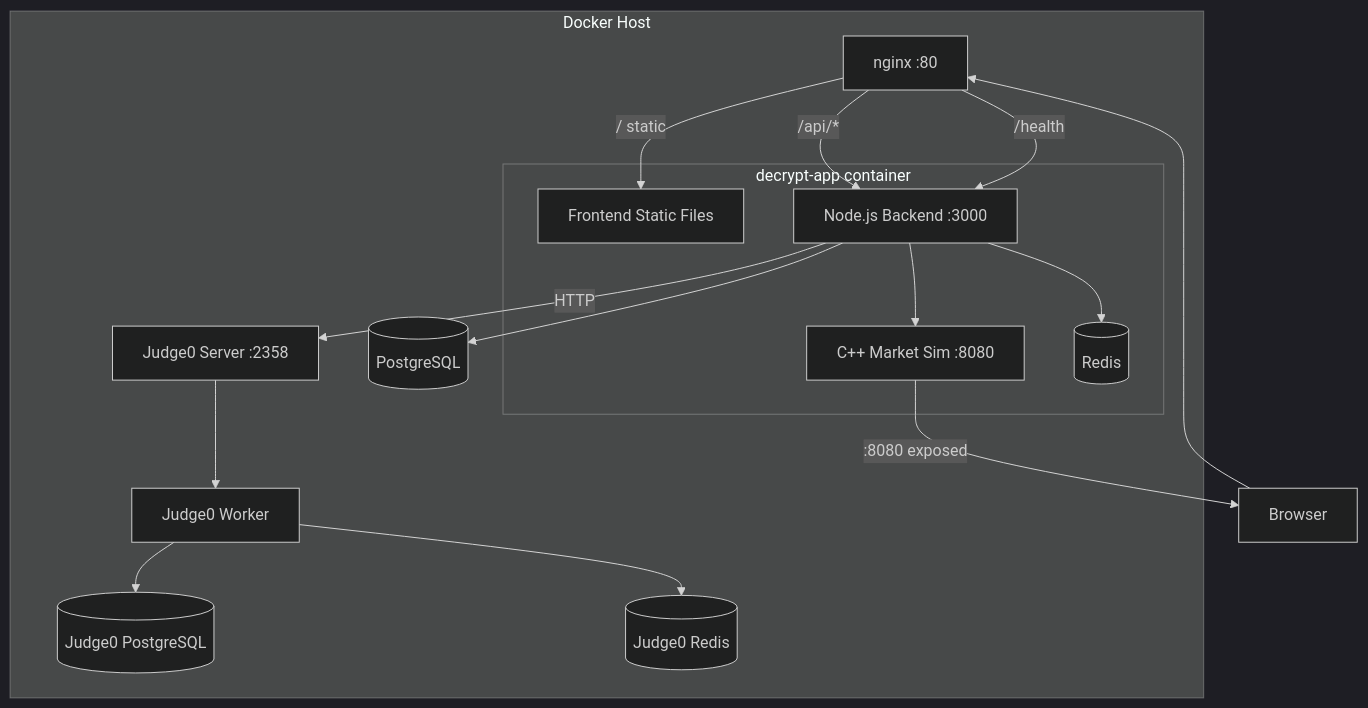
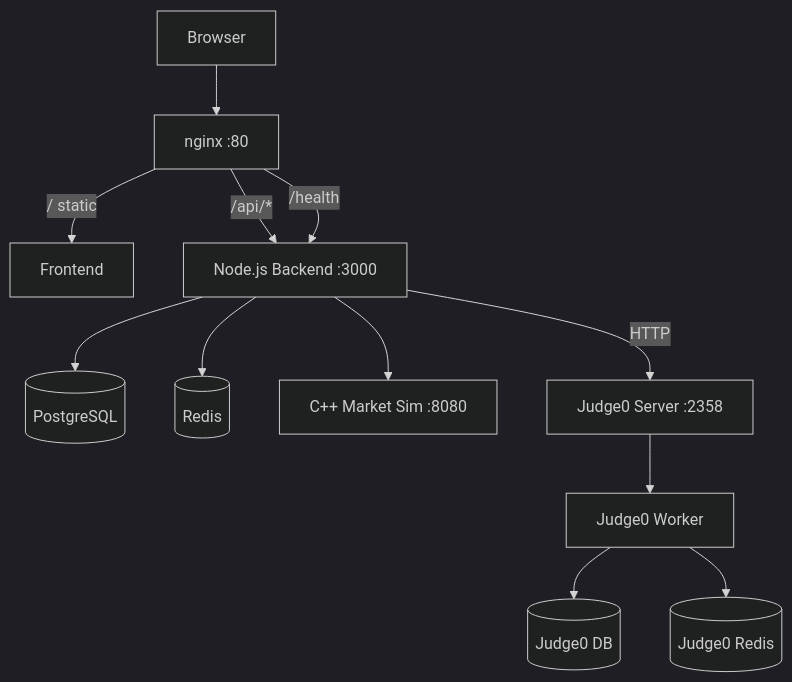
The first of 2 diagrams in docs/architecture/overview.md (ProAltro/stock-market-simulator), drawn with Mermaid (dark theme) before and after one commit. The commit also changed other lines of this file and 20 other files, not shown here.

````diff
--- a/docs/architecture/overview.md
+++ b/docs/architecture/overview.md
@@ -7,31 +7,17 @@
 ```mermaid
 graph TD
-    subgraph Docker Host
-        nginx[nginx :80]
-        subgraph "decrypt-app container"
-            FE[Frontend Static Files]
-            BE[Node.js Backend :3000]
-            MS[C++ Market Sim :8080]
-            Redis[(Redis)]
-        end
-        PG[(PostgreSQL)]
-        J0S[Judge0 Server :2358]
-        J0W[Judge0 Worker]
-        J0DB[(Judge0 PostgreSQL)]
-        J0R[(Judge0 Redis)]
-    end
+    Browser --> nginx["nginx :80"]
 
-    Browser --> nginx
-    nginx -->|/ static| FE
-    nginx -->|/api/*| BE
-    nginx -->|/health| BE
-    MS -->|:8080 exposed| Browser
+    nginx -->|"/ static"| FE["Frontend"]
+    nginx -->|"/api/*"| BE["Node.js Backend :3000"]
+    nginx -->|"/health"| BE
 
-    BE --> PG
-    BE --> Redis
-    BE --> MS
-    BE -->|HTTP| J0S
-    J0S --> J0W
-    J0W --> J0DB
-    J0W --> J0R
+    BE --> PG[("PostgreSQL")]
+    BE --> Redis[("Redis")]
+    BE --> MS["C++ Market Sim :8080"]
+    BE -->|HTTP| J0S["Judge0 Server :2358"]
+
+    J0S --> J0W["Judge0 Worker"]
+    J0W --> J0DB[("Judge0 DB")]
+    J0W --> J0R[("Judge0 Redis")]
 ```
````
